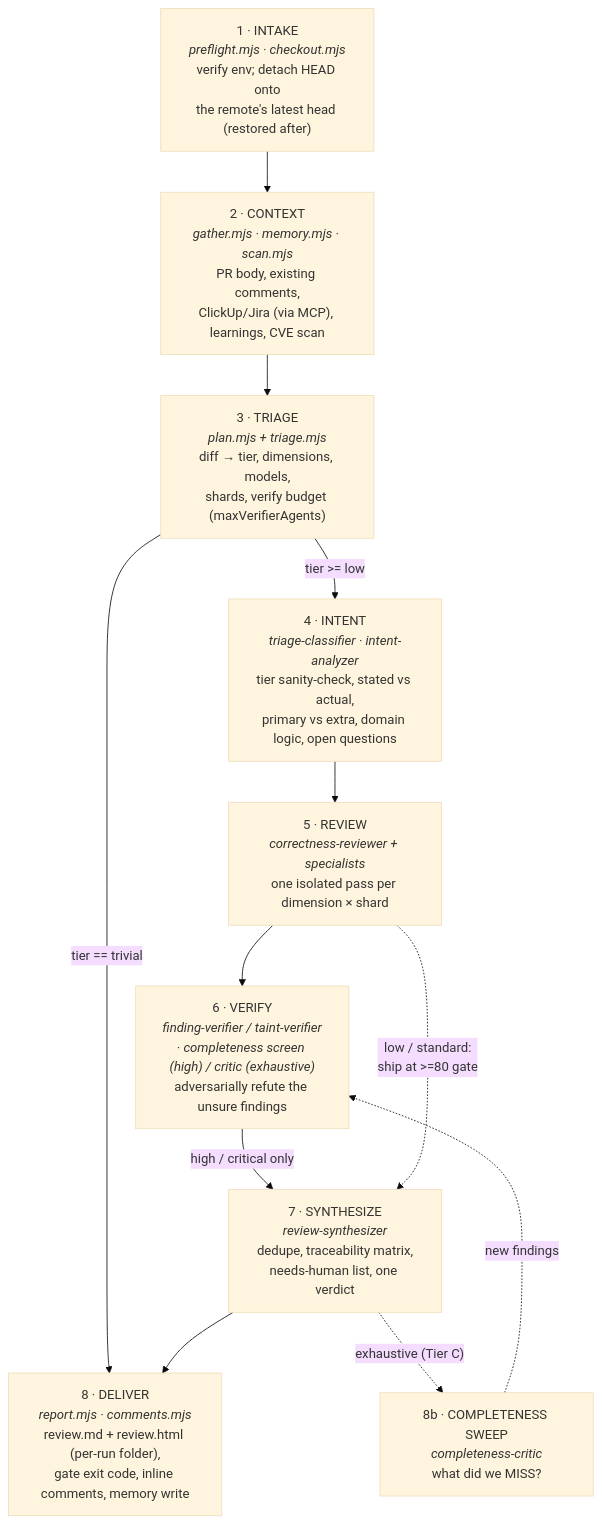
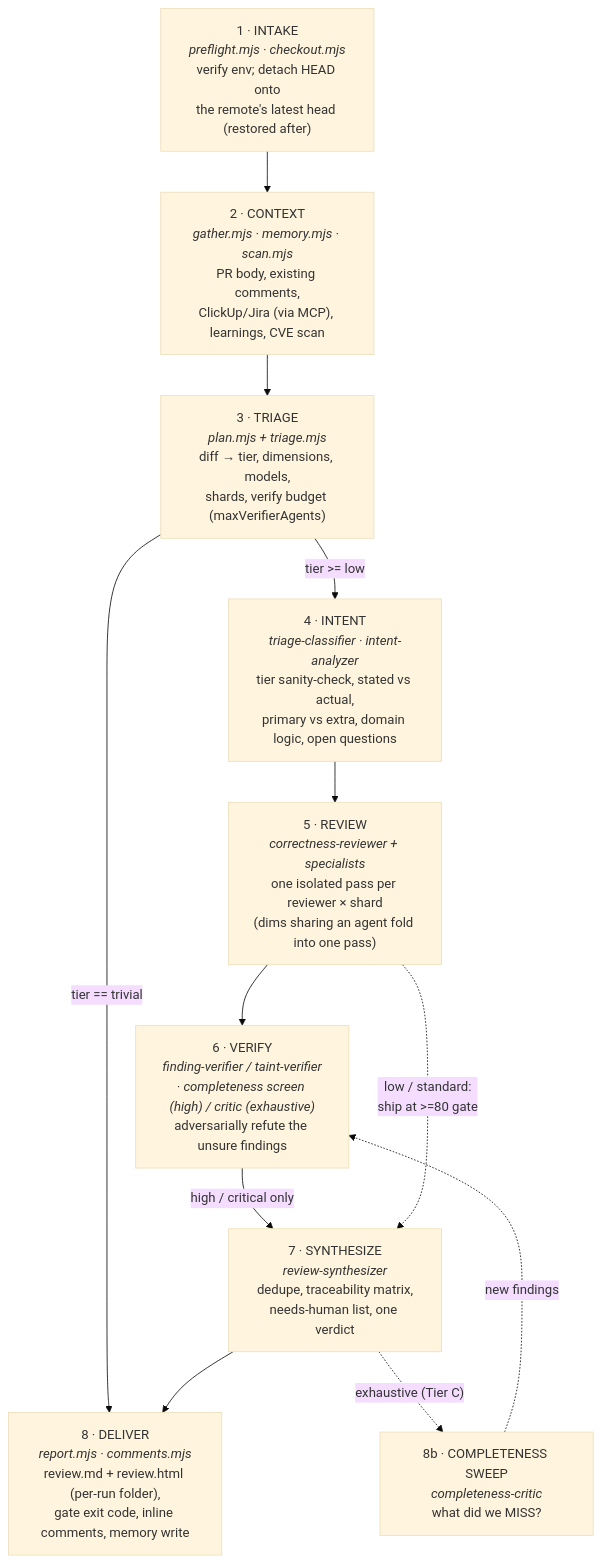
The second of 8 diagrams in docs/ARCHITECTURE.md (Tahmid12Khan/agentic-workflows), drawn with Mermaid (base theme) before and after one commit. The commit also changed other lines of this file and 18 other files, not shown here.

````diff
--- a/docs/ARCHITECTURE.md
+++ b/docs/ARCHITECTURE.md
@@ -61,20 +61,20 @@
 ```mermaid
 flowchart TD
   A["1 · INTAKE<br/><i>preflight.mjs · checkout.mjs</i><br/>verify env; detach HEAD onto<br/>the remote's latest head (restored after)"]
   B["2 · CONTEXT<br/><i>gather.mjs · memory.mjs · scan.mjs</i><br/>PR body, existing comments,<br/>ClickUp/Jira (via MCP), learnings, CVE scan"]
   C["3 · TRIAGE<br/><i>plan.mjs + triage.mjs</i><br/>diff → tier, dimensions, models,<br/>shards, verify budget (maxVerifierAgents)"]
   D["4 · INTENT<br/><i>triage-classifier · intent-analyzer</i><br/>tier sanity-check, stated vs actual,<br/>primary vs extra, domain logic, open questions"]
-  E["5 · REVIEW<br/><i>correctness-reviewer + specialists</i><br/>one isolated pass per dimension × shard"]
+  E["5 · REVIEW<br/><i>correctness-reviewer + specialists</i><br/>one isolated pass per reviewer × shard<br/>(dims sharing an agent fold into one pass)"]
   F["6 · VERIFY<br/><i>finding-verifier / taint-verifier<br/>· completeness screen (high) / critic (exhaustive)</i><br/>adversarially refute the unsure findings"]
   G["7 · SYNTHESIZE<br/><i>review-synthesizer</i><br/>dedupe, traceability matrix,<br/>needs-human list, one verdict"]
   H["8 · DELIVER<br/><i>report.mjs · comments.mjs</i><br/>review.md + review.html (per-run folder),<br/>gate exit code, inline comments, memory write"]
 
   A --> B --> C
   C -->|"tier == trivial"| H
   C -->|"tier >= low"| D --> E --> F
   F -->|"high / critical only"| G
   E -.->|"low / standard:<br/>ship at >=80 gate"| G
   G --> H
   G -.->|"exhaustive (Tier C)"| X["8b · COMPLETENESS SWEEP<br/><i>completeness-critic</i><br/>what did we MISS?"]
   X -.->|new findings| F
 ```
````
